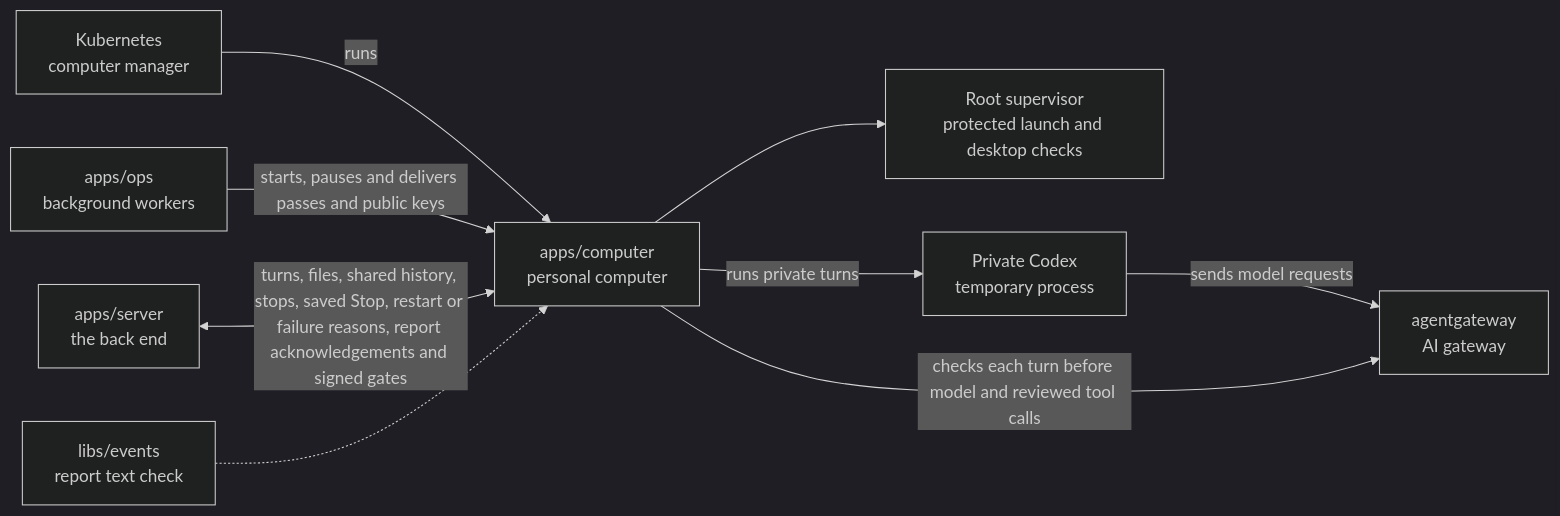
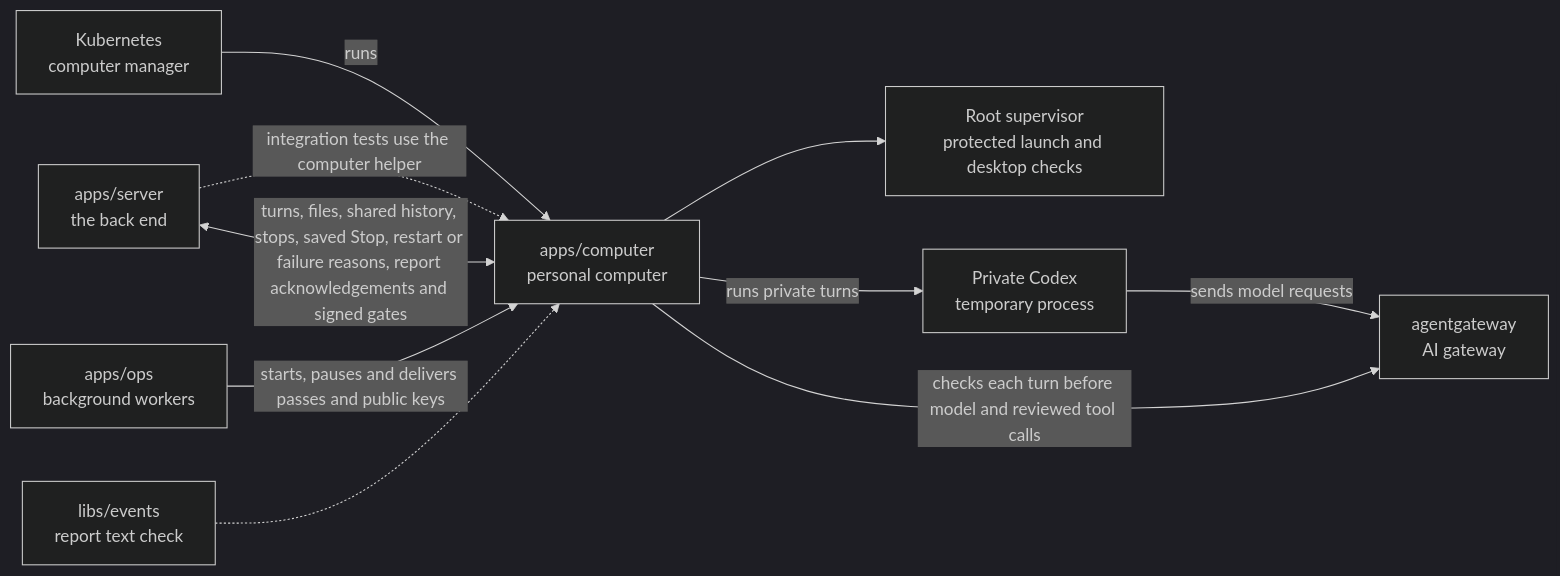
One commit to elewa-git/opencrane-new changed the diagram in apps/computer/README.md. Above: the diagram before and after it, drawn with Mermaid (dark theme). The commit also changed other lines of this file and 58 other files, not shown here.

````diff
--- a/apps/computer/README.md
+++ b/apps/computer/README.md
@@ -22,11 +22,12 @@
 ```mermaid
 flowchart LR
+  server -.->|integration tests use the computer helper| computer
   kube["Kubernetes<br/>computer manager"] -->|runs| computer["apps/computer<br/>personal computer"]
   ops["apps/ops<br/>background workers"] -->|starts, pauses and delivers passes and public keys| computer
   server["apps/server<br/>the back end"] <-->|turns, files, shared history, stops, saved Stop, restart or failure reasons, report acknowledgements and signed gates| computer
   events["libs/events<br/>report text check"] -.-> computer
   computer --> supervisor["Root supervisor<br/>protected launch and desktop checks"]
   computer -->|runs private turns| private["Private Codex<br/>temporary process"]
   private -->|sends model requests| gateway
   computer -->|checks each turn before model and reviewed tool calls| gateway["agentgateway<br/>AI gateway"]
 ```
````
